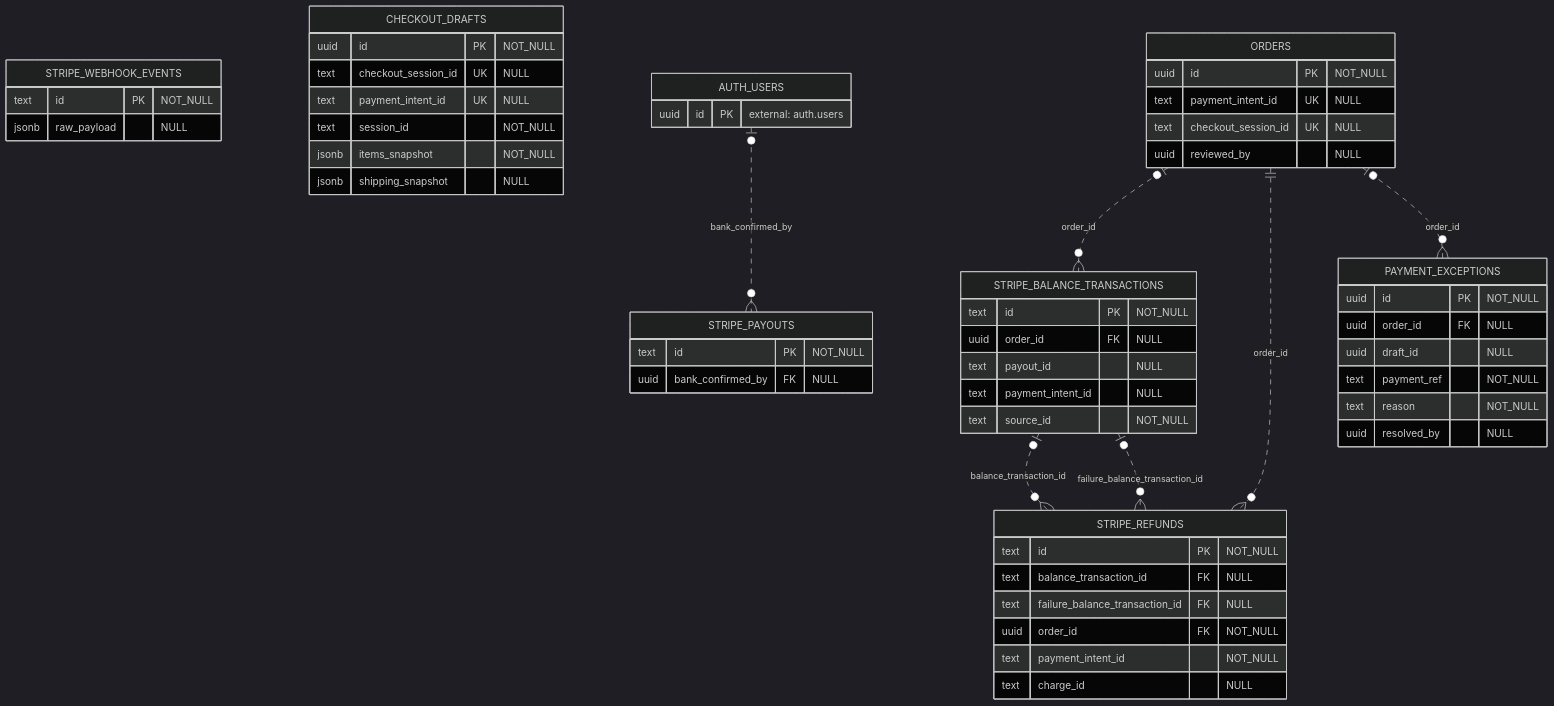
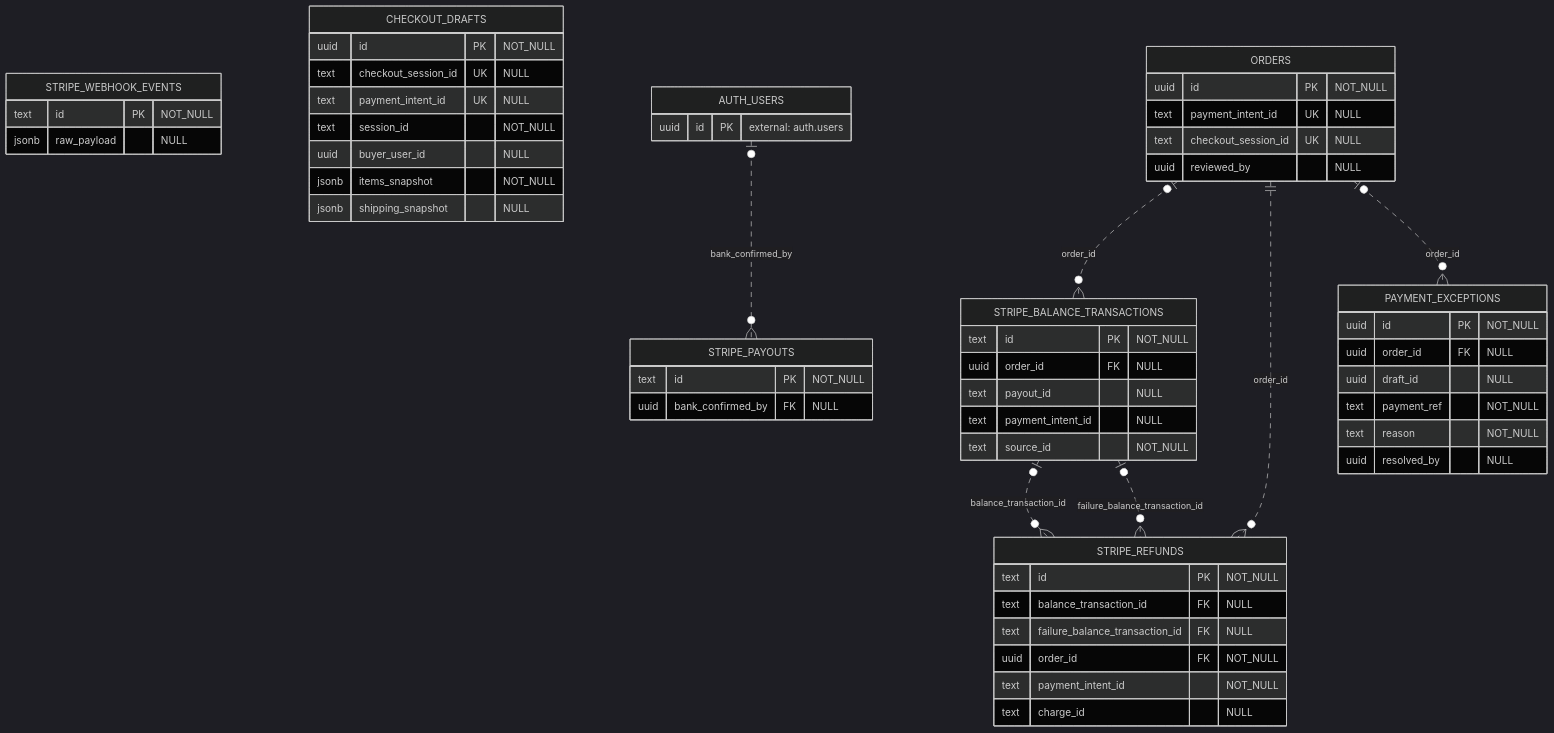
One commit to ChocoWork/o_official changed the fourth of 12 diagrams in docs/03_BasicDesign/data/er.md. Above: the diagram before and after it, drawn with Mermaid (dark theme). The commit also changed other lines of this file and 7 other files, not shown here.

````diff
--- a/docs/03_BasicDesign/data/er.md
+++ b/docs/03_BasicDesign/data/er.md
@@ -205,57 +207,58 @@
 ```mermaid
 erDiagram
   STRIPE_BALANCE_TRANSACTIONS {
     text id PK "NOT_NULL"
     uuid order_id FK "NULL"
     text payout_id "NULL"
     text payment_intent_id "NULL"
     text source_id "NOT_NULL"
   }
   STRIPE_REFUNDS {
     text id PK "NOT_NULL"
     text balance_transaction_id FK "NULL"
     text failure_balance_transaction_id FK "NULL"
     uuid order_id FK "NOT_NULL"
     text payment_intent_id "NOT_NULL"
     text charge_id "NULL"
   }
   STRIPE_PAYOUTS {
     text id PK "NOT_NULL"
     uuid bank_confirmed_by FK "NULL"
   }
   PAYMENT_EXCEPTIONS {
     uuid id PK "NOT_NULL"
     uuid order_id FK "NULL"
     uuid draft_id "NULL"
     text payment_ref "NOT_NULL"
     text reason "NOT_NULL"
     uuid resolved_by "NULL"
   }
   STRIPE_WEBHOOK_EVENTS {
     text id PK "NOT_NULL"
     jsonb raw_payload "NULL"
   }
   CHECKOUT_DRAFTS {
     uuid id PK "NOT_NULL"
     text checkout_session_id UK "NULL"
     text payment_intent_id UK "NULL"
     text session_id "NOT_NULL"
+    uuid buyer_user_id "NULL"
     jsonb items_snapshot "NOT_NULL"
     jsonb shipping_snapshot "NULL"
   }
   ORDERS {
     uuid id PK "NOT_NULL"
     text payment_intent_id UK "NULL"
     text checkout_session_id UK "NULL"
     uuid reviewed_by "NULL"
   }
   AUTH_USERS {
     uuid id PK "external: auth.users"
   }
   ORDERS |o..o{ STRIPE_BALANCE_TRANSACTIONS : "order_id"
   AUTH_USERS |o..o{ STRIPE_PAYOUTS : "bank_confirmed_by"
   STRIPE_BALANCE_TRANSACTIONS |o..o{ STRIPE_REFUNDS : "balance_transaction_id"
   STRIPE_BALANCE_TRANSACTIONS |o..o{ STRIPE_REFUNDS : "failure_balance_transaction_id"
   ORDERS ||..o{ STRIPE_REFUNDS : "order_id"
   ORDERS |o..o{ PAYMENT_EXCEPTIONS : "order_id"
 ```
````
